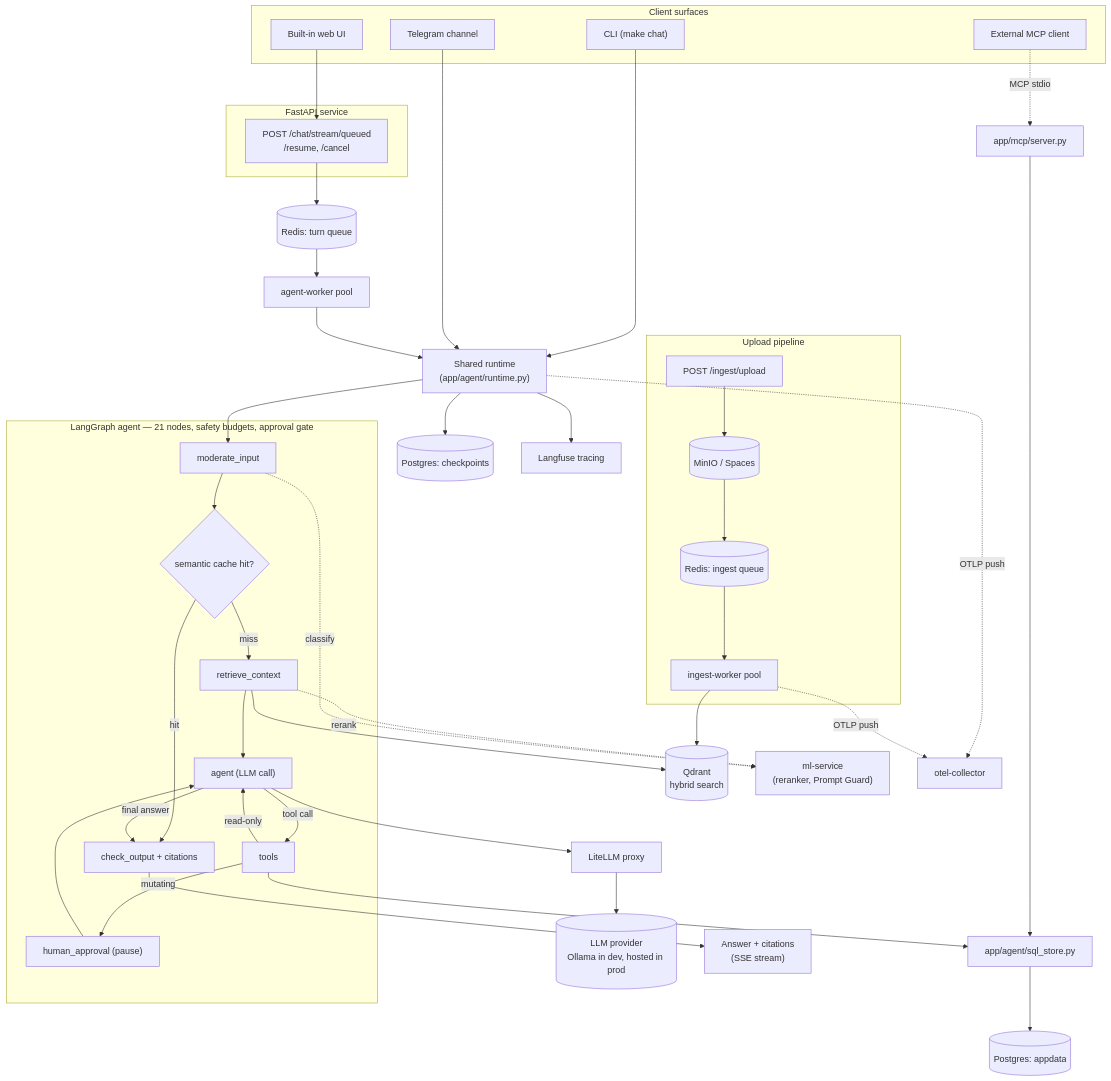
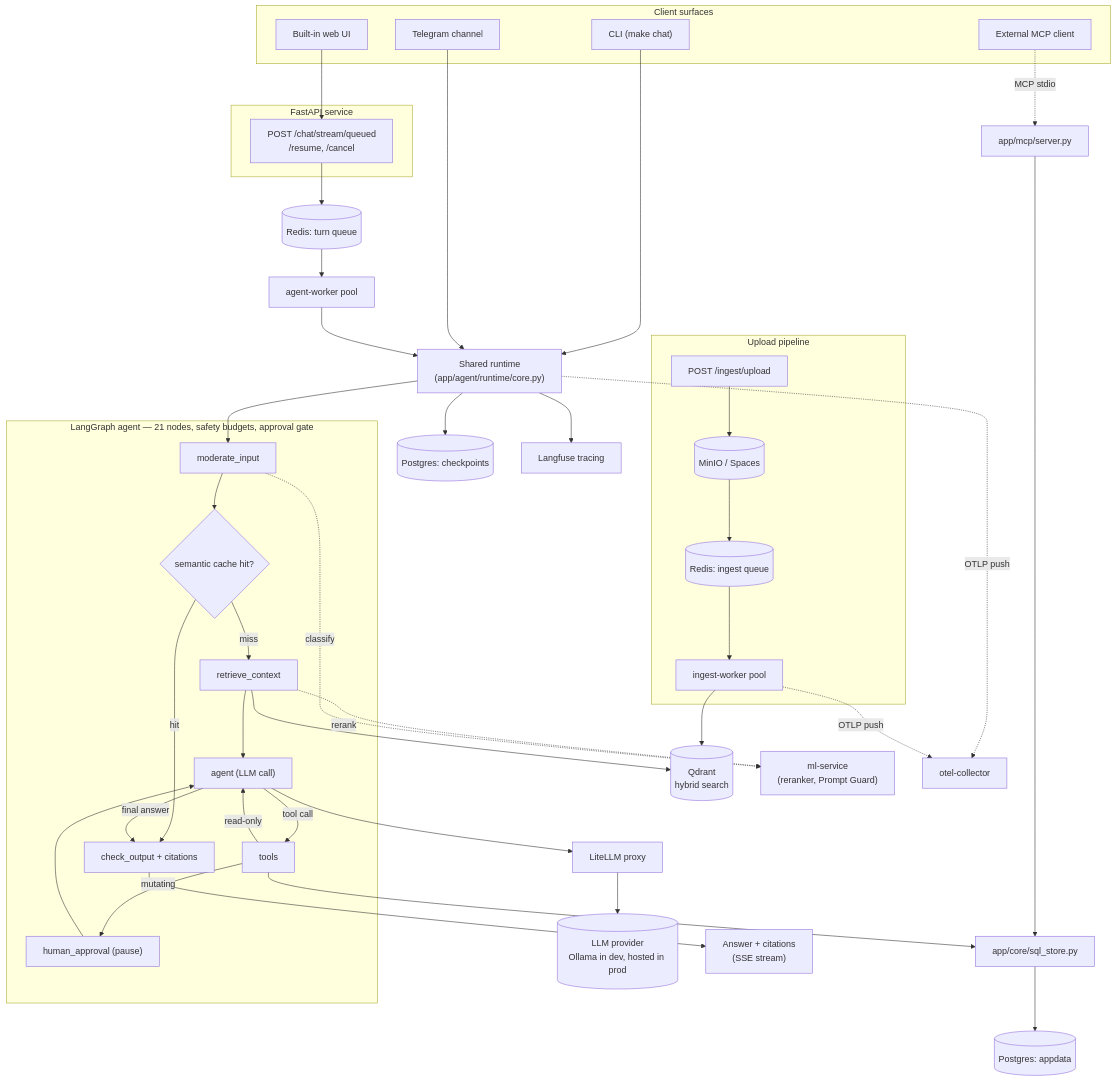
One commit to truongpx396/agent-core-demo changed the diagram in README.md. Above: the diagram before and after it, drawn with Mermaid. The commit also changed other lines of this file and 385 other files, not shown here.

First line of the commit message:
refactor: reorganise app/agent, move billing and cost leftovers out, gather Node tooling, slim the docs (#167)

````diff
--- a/README.md
+++ b/README.md
@@ -37,62 +37,62 @@
 ```mermaid
 flowchart TB
     subgraph clients_sg["Client surfaces"]
         CLI["CLI (make chat)"]
         WebUI["Built-in web UI"]
         Telegram["Telegram channel"]
         ExtMCP["External MCP client"]
     end
 
     subgraph api_sg["FastAPI service"]
         Queued["POST /chat/stream/queued<br/>/resume, /cancel"]
     end
 
-    CLI --> Runtime["Shared runtime<br/>(app/agent/runtime.py)"]
+    CLI --> Runtime["Shared runtime<br/>(app/agent/runtime/core.py)"]
     WebUI --> Queued
     Telegram --> Runtime
     ExtMCP -. MCP stdio .-> MCPServer["app/mcp/server.py"]
 
     Queued --> TurnQueue[("Redis: turn queue")]
     TurnQueue --> AgentWorker["agent-worker pool"]
     AgentWorker --> Runtime
 
     Runtime --> Moderate
 
     subgraph agent_sg["LangGraph agent — 21 nodes, safety budgets, approval gate"]
         Moderate["moderate_input"]
         CacheCheck{"semantic cache hit?"}
         Retrieve["retrieve_context"]
         AgentNode["agent (LLM call)"]
         ToolsNode["tools"]
         HITL["human_approval (pause)"]
         Output["check_output + citations"]
     end
 
     Moderate --> CacheCheck
     CacheCheck -- miss --> Retrieve --> AgentNode
     CacheCheck -- hit --> Output
     AgentNode -- tool call --> ToolsNode
     ToolsNode -- mutating --> HITL --> AgentNode
     ToolsNode -- read-only --> AgentNode
     AgentNode -- final answer --> Output
 
-    MCPServer --> SQL["app/agent/sql_store.py"]
+    MCPServer --> SQL["app/core/sql_store.py"]
     ToolsNode --> SQL
     SQL --> Postgres[("Postgres: appdata")]
     Retrieve --> Qdrant[("Qdrant<br/>hybrid search")]
     Retrieve -. rerank .-> MLService["ml-service<br/>(reranker, Prompt Guard)"]
     Moderate -. classify .-> MLService
     AgentNode --> LiteLLM["LiteLLM proxy"] --> LLM[("LLM provider<br/>Ollama in dev, hosted in prod")]
     Runtime --> Checkpointer[("Postgres: checkpoints")]
     Runtime --> Langfuse["Langfuse tracing"]
     Runtime -. OTLP push .-> OtelCollector["otel-collector"]
     Output --> ClientResponse["Answer + citations<br/>(SSE stream)"]
 
     subgraph ingest_sg["Upload pipeline"]
         UploadEP["POST /ingest/upload"] --> ObjectStore[("MinIO / Spaces")]
         ObjectStore --> IngestQueue[("Redis: ingest queue")]
         IngestQueue --> IngestWorker["ingest-worker pool"]
     end
     IngestWorker --> Qdrant
     IngestWorker -. OTLP push .-> OtelCollector
 ```
````
